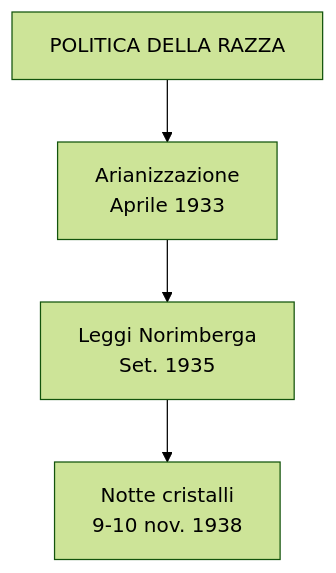
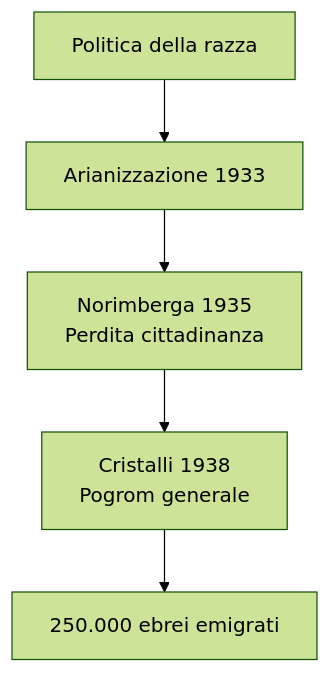
The third of 6 diagrams in storia/materiale/studio/capitolo_3.11_ripasso.md (riccardo-algorime/appunti-5Bsa), drawn with Mermaid (forest theme) before and after one commit. The commit also changed other lines of this file and 5 other files, not shown here.

````diff
--- a/storia/materiale/studio/capitolo_3.11_ripasso.md
+++ b/storia/materiale/studio/capitolo_3.11_ripasso.md
@@ -146,6 +128,7 @@
 ```mermaid
 flowchart TD
-    A[POLITICA DELLA RAZZA] --> B[Arianizzazione<br/>Aprile 1933]
-    B --> C[Leggi Norimberga<br/>Set. 1935]
-    C --> D[Notte cristalli<br/>9-10 nov. 1938]
+    A[Politica della razza] --> B[Arianizzazione 1933]
+    B --> C[Norimberga 1935<br/>Perdita cittadinanza]
+    C --> D[Cristalli 1938<br/>Pogrom generale]
+    D --> E[250.000 ebrei emigrati]
 ```
````
